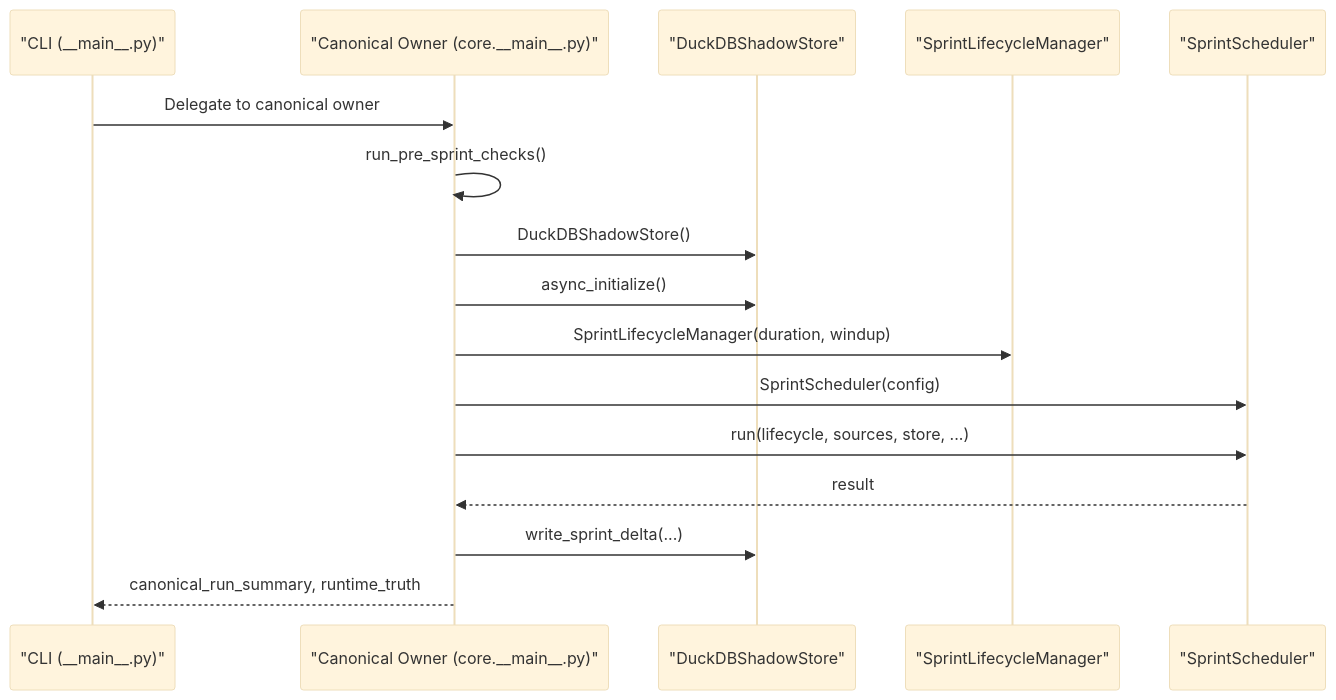
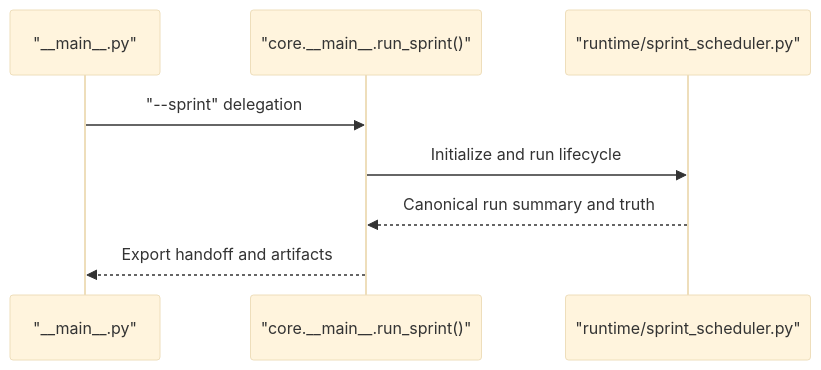
The third of 10 diagrams in .qoder/repowiki/en/content/Project Overview/Architecture Overview.md (Hamulda/hledac-universal), drawn with Mermaid (base theme) before and after one commit. The commit also changed other lines of this file and 236 other files, not shown here.

Commit message:
feat: F234 prelive gate, acquisition strategy and sprint scheduler improvements

````diff
--- a/.qoder/repowiki/en/content/Project Overview/Architecture Overview.md
+++ b/.qoder/repowiki/en/content/Project Overview/Architecture Overview.md
@@ -194,18 +170,10 @@
 ```mermaid
 sequenceDiagram
-participant CLI as "CLI (__main__.py)"
-participant CORE as "Canonical Owner (core.__main__.py)"
-participant STORE as "DuckDBShadowStore"
-participant LIFE as "SprintLifecycleManager"
-participant SCH as "SprintScheduler"
-CLI->>CORE : Delegate to canonical owner
-CORE->>CORE : run_pre_sprint_checks()
-CORE->>STORE : DuckDBShadowStore()
-CORE->>STORE : async_initialize()
-CORE->>LIFE : SprintLifecycleManager(duration, windup)
-CORE->>SCH : SprintScheduler(config)
-CORE->>SCH : run(lifecycle, sources, store, ...)
-SCH-->>CORE : result
-CORE->>STORE : write_sprint_delta(...)
-CORE-->>CLI : canonical_run_summary, runtime_truth
+participant CLI as "__main__.py"
+participant Owner as "core.__main__.run_sprint()"
+participant Scheduler as "runtime/sprint_scheduler.py"
+CLI->>Owner : "--sprint" delegation
+Owner->>Scheduler : Initialize and run lifecycle
+Scheduler-->>Owner : Canonical run summary and truth
+Owner-->>CLI : Export handoff and artifacts
 ```
````
